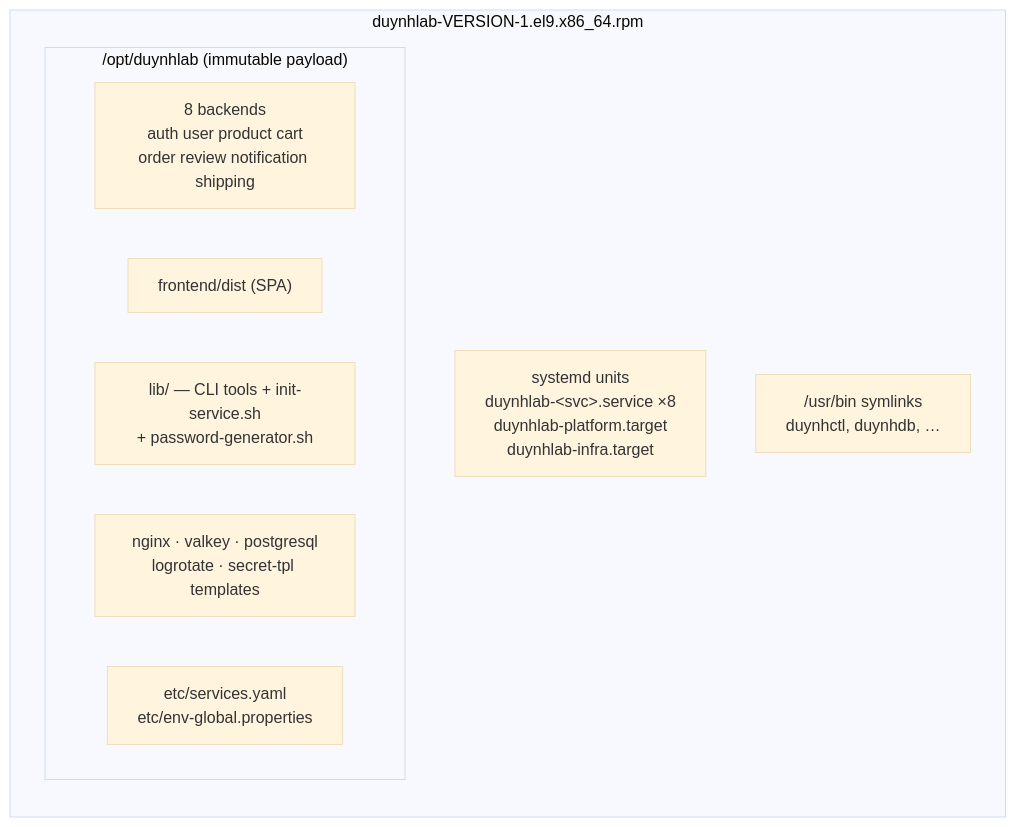
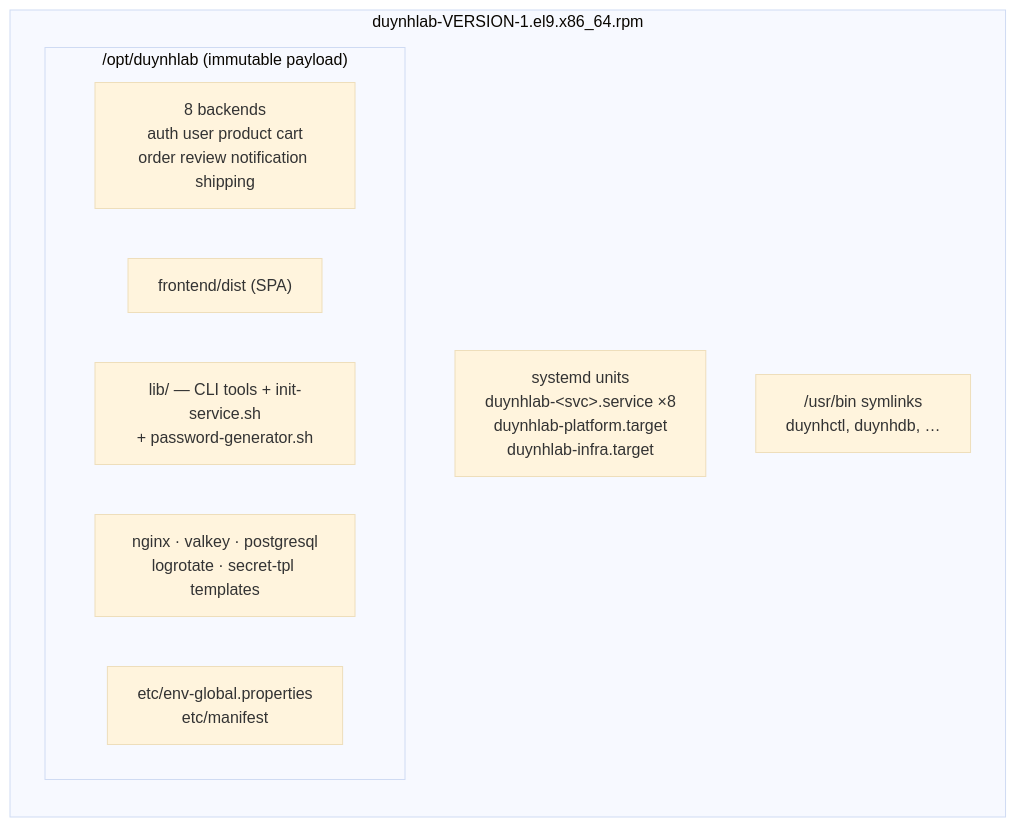
One commit to duynhlab/packages changed the first of 4 diagrams in docs/001-architecture.md. Above: the diagram before and after it, drawn with Mermaid (base theme). The commit also changed other lines of this file and 30 other files, not shown here.

````diff
--- a/docs/001-architecture.md
+++ b/docs/001-architecture.md
@@ -25,15 +25,15 @@
 ```mermaid
 flowchart TB
   subgraph RPM["duynhlab-VERSION-1.el9.x86_64.rpm"]
     direction TB
     subgraph PAY["/opt/duynhlab  (immutable payload)"]
       B["8 backends<br/>auth user product cart<br/>order review notification shipping"]
       FE["frontend/dist (SPA)"]
       LIB["lib/ — CLI tools + init-service.sh<br/>+ password-generator.sh"]
       TPL["nginx · valkey · postgresql<br/>logrotate · secret-tpl templates"]
-      ETCMETA["etc/services.yaml<br/>etc/env-global.properties"]
+      ETCMETA["etc/env-global.properties<br/>etc/manifest"]
     end
     UNITS["systemd units<br/>duynhlab-&lt;svc&gt;.service ×8<br/>duynhlab-platform.target<br/>duynhlab-infra.target"]
     BIN["/usr/bin symlinks<br/>duynhctl, duynhdb, …"]
   end
 ```
````
